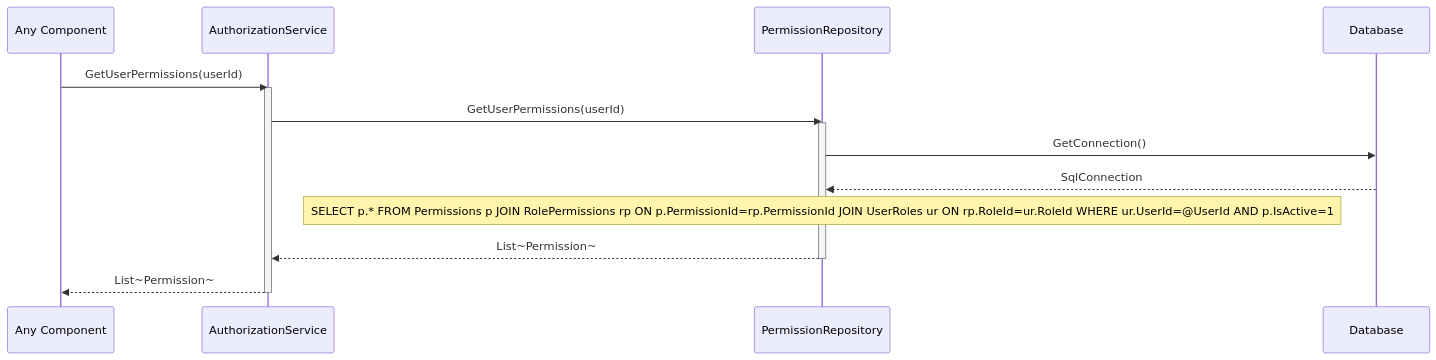
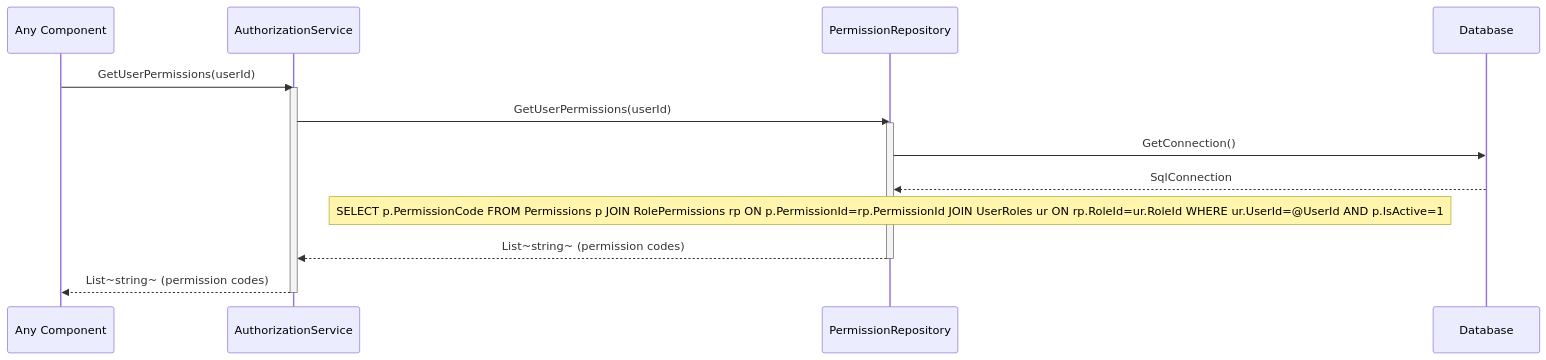
Before and after one commit to nahuk86/tp_diploma_nk_2026: the tenth of 14 diagrams in Documentation/UML_Diagrams/12_Role_Permissions_Process_Sequence_Diagram.md, drawn with Mermaid. The commit also changed other lines of this file and 4 other files, not shown here.

Commit message:
Update UML diagrams 08-12 to reflect actual implementation

````diff
--- a/Documentation/UML_Diagrams/12_Role_Permissions_Process_Sequence_Diagram.md
+++ b/Documentation/UML_Diagrams/12_Role_Permissions_Process_Sequence_Diagram.md
@@ -324,19 +324,19 @@
 ```mermaid
 sequenceDiagram
     participant Component as Any Component
     participant Auth as AuthorizationService
     participant REPO as PermissionRepository
     participant DB as Database
 
     Component->>Auth: GetUserPermissions(userId)
     activate Auth
     Auth->>REPO: GetUserPermissions(userId)
     activate REPO
     REPO->>DB: GetConnection()
     DB-->>REPO: SqlConnection
-    Note over REPO: SELECT p.* FROM Permissions p JOIN RolePermissions rp ON p.PermissionId=rp.PermissionId JOIN UserRoles ur ON rp.RoleId=ur.RoleId WHERE ur.UserId=@UserId AND p.IsActive=1
-    REPO-->>Auth: List~Permission~
+    Note over REPO: SELECT p.PermissionCode FROM Permissions p JOIN RolePermissions rp ON p.PermissionId=rp.PermissionId JOIN UserRoles ur ON rp.RoleId=ur.RoleId WHERE ur.UserId=@UserId AND p.IsActive=1
+    REPO-->>Auth: List~string~ (permission codes)
     deactivate REPO
-    Auth-->>Component: List~Permission~
+    Auth-->>Component: List~string~ (permission codes)
     deactivate Auth
 ```
````
